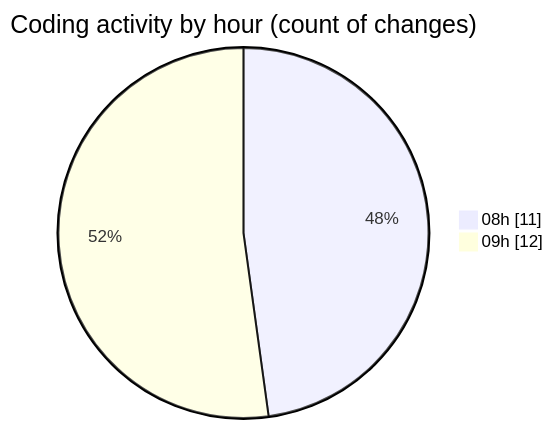
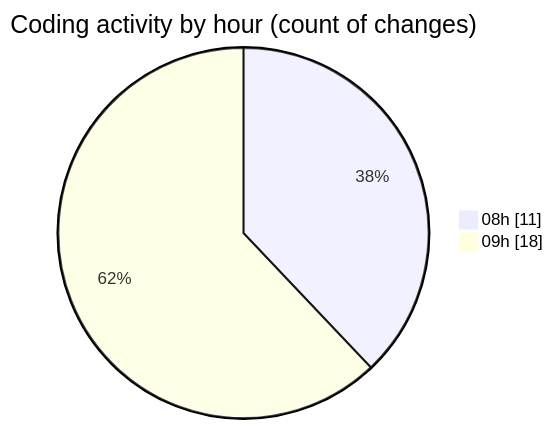
Before and after one commit to MatusMokan/code-tracking: the second of 2 diagrams in 2025-11-15/untitled__workspace_/README.md, drawn with Mermaid. The commit also changed other lines of this file and 1 other file, not shown here.

````diff
--- a/2025-11-15/untitled__workspace_/README.md
+++ b/2025-11-15/untitled__workspace_/README.md
@@ -29,6 +33,6 @@
 ```mermaid
 pie showData
 title Coding activity by hour (count of changes)
 "08h" : 11
-"09h" : 12
+"09h" : 18
 ```
````
